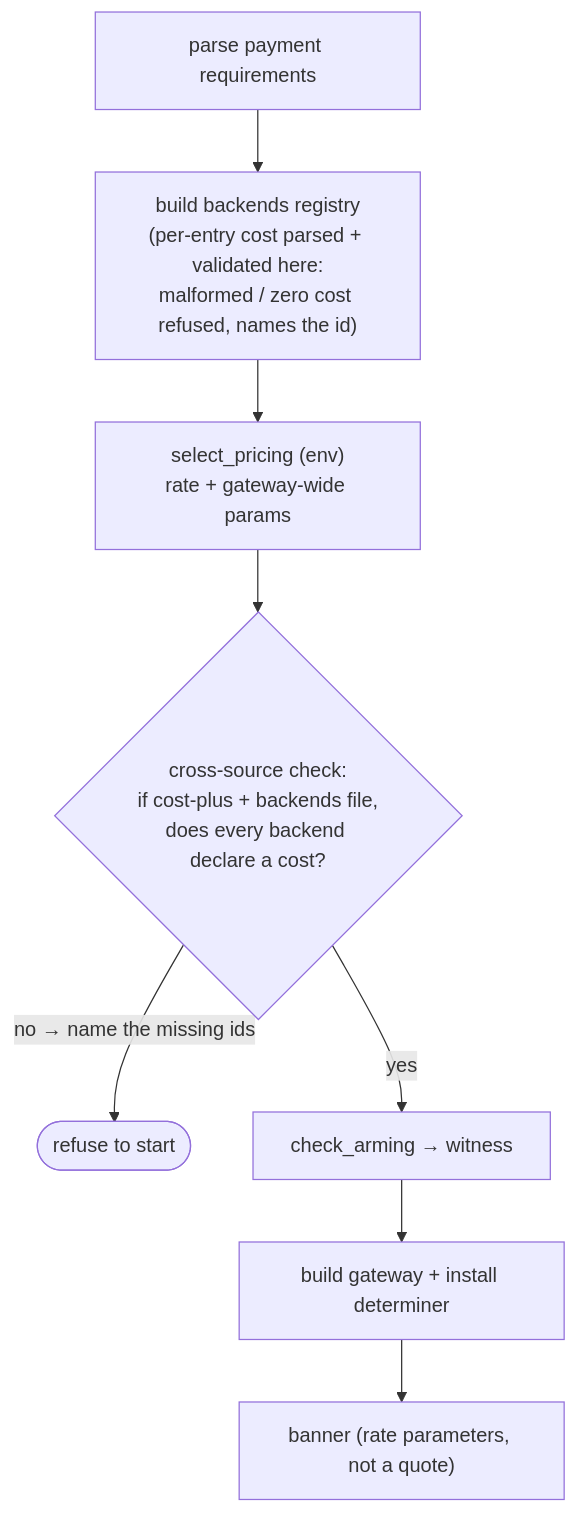
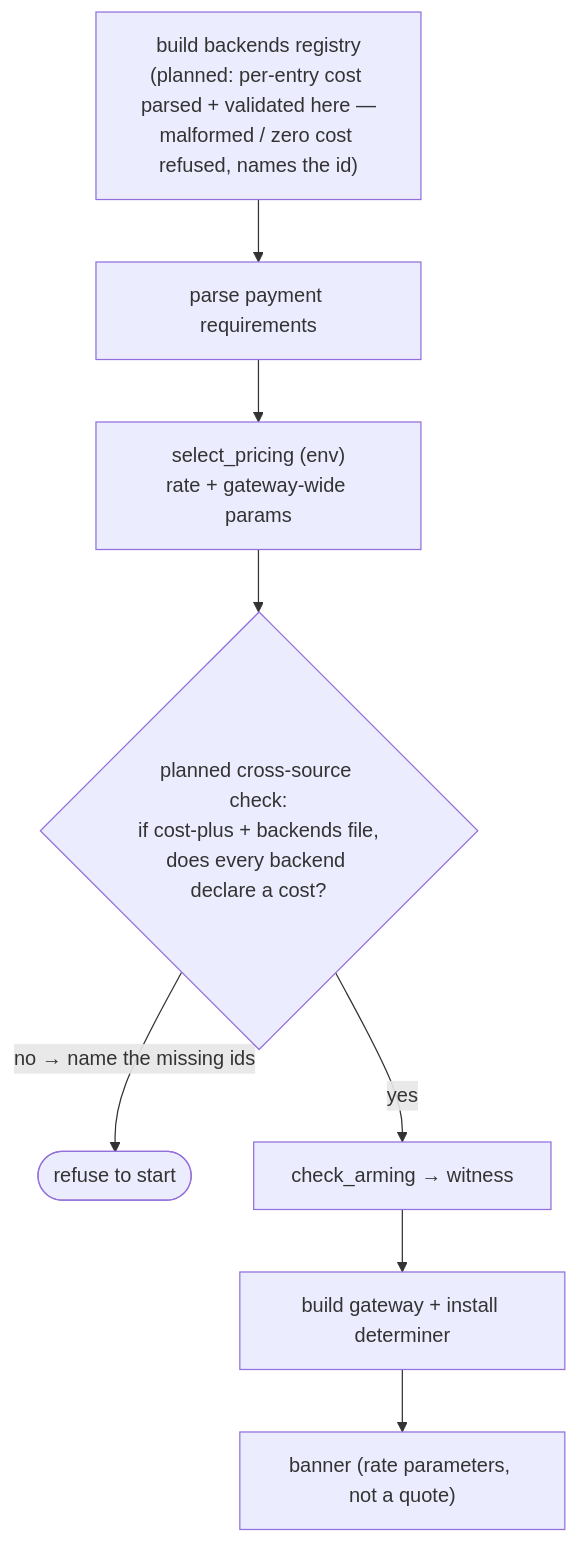
Before and after one commit to geekinasuit/obolus: the second of 2 diagrams in docs/pricing.md, drawn with Mermaid. The commit also changed other lines of this file and 1 other file, not shown here.

First line of the commit message:
docs: address round-1 review — mark the per-backend-cost design as planned

````diff
--- a/docs/pricing.md
+++ b/docs/pricing.md
@@ -225,10 +239,10 @@
 ```mermaid
 flowchart TB
-  reqs["parse payment requirements"] --> be["build backends registry<br/>(per-entry cost parsed + validated here:<br/>malformed / zero cost refused, names the id)"]
-  be --> sel["select_pricing (env)<br/>rate + gateway-wide params"]
-  sel --> cov{"cross-source check:<br/>if cost-plus + backends file,<br/>does every backend declare a cost?"}
+  be["build backends registry<br/>(planned: per-entry cost parsed + validated here —<br/>malformed / zero cost refused, names the id)"] --> reqs["parse payment requirements"]
+  reqs --> sel["select_pricing (env)<br/>rate + gateway-wide params"]
+  sel --> cov{"planned cross-source check:<br/>if cost-plus + backends file,<br/>does every backend declare a cost?"}
   cov -->|"no → name the missing ids"| refuse(["refuse to start"])
   cov -->|"yes"| arm["check_arming → witness"]
   arm --> gw["build gateway + install determiner"]
   gw --> banner["banner (rate parameters, not a quote)"]
 ```
````
